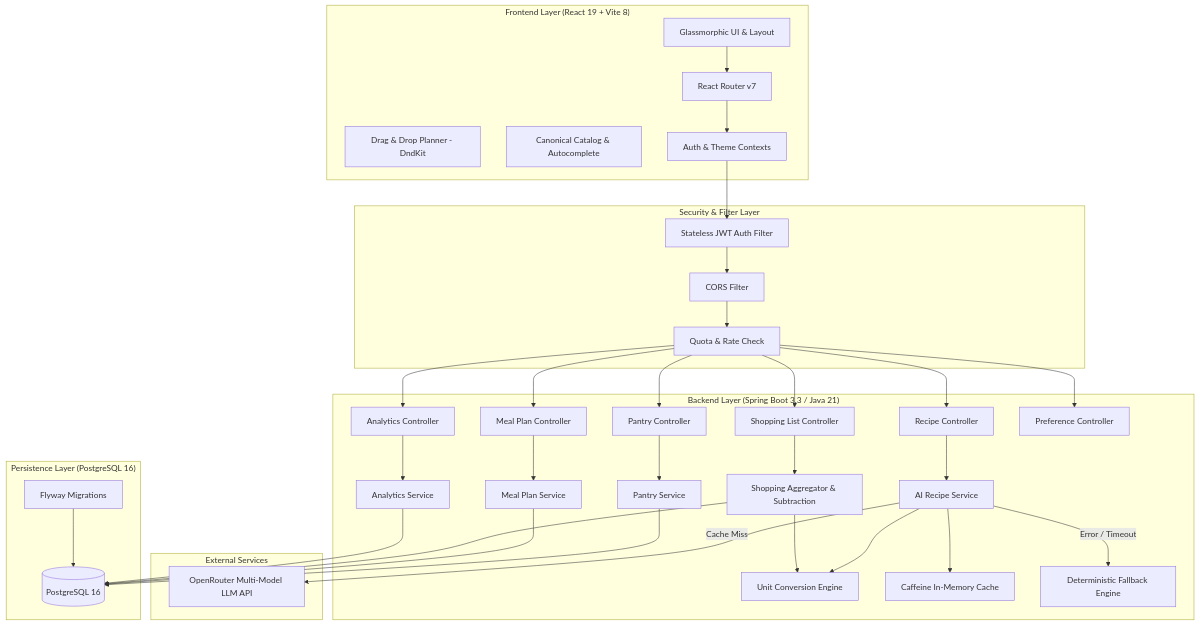
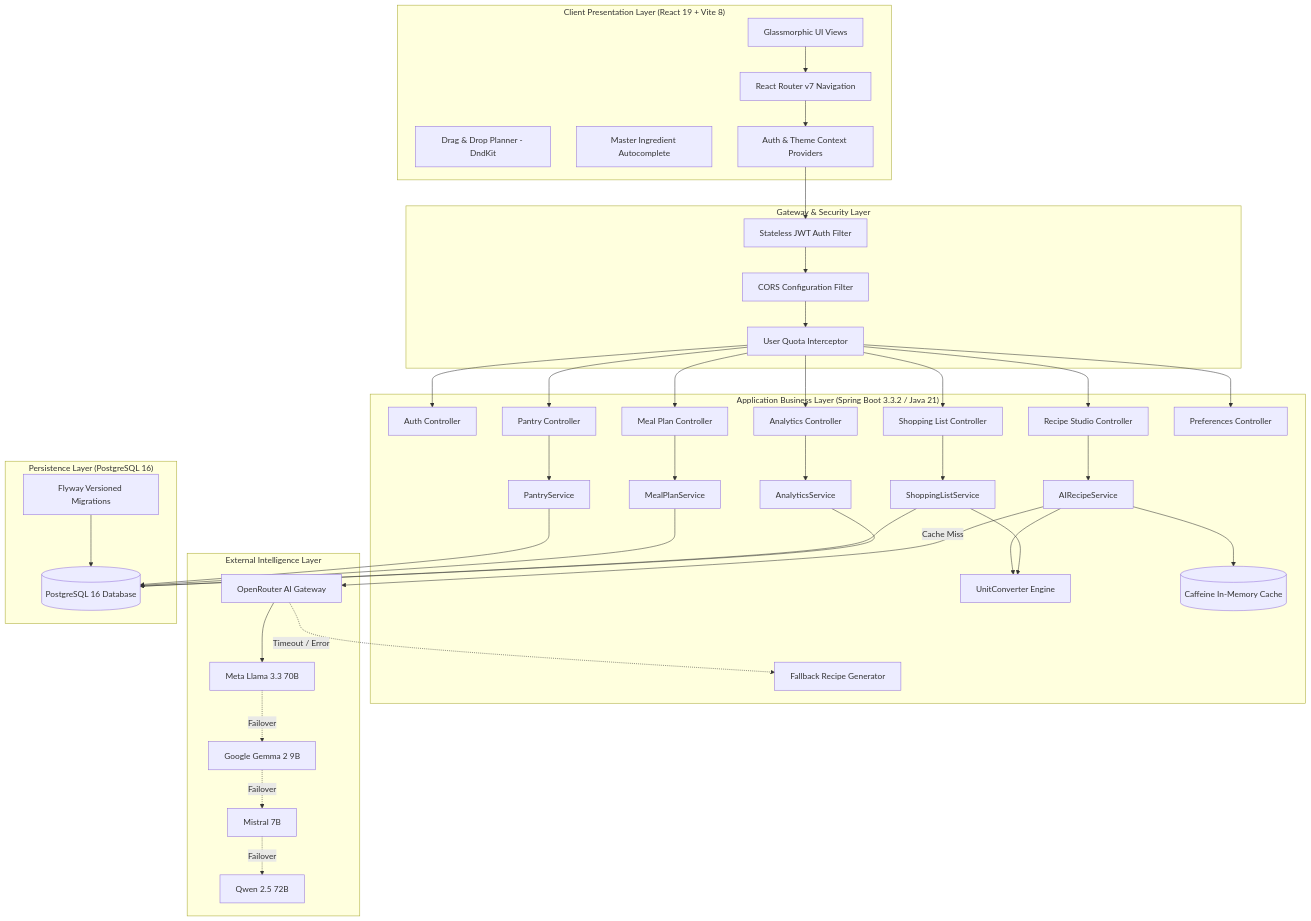
Before and after one commit to jayeshahir09/MealCraft: the first of 3 diagrams in README.md, drawn with Mermaid. The commit also changed other lines of this file, not shown here.

````diff
--- a/README.md
+++ b/README.md
@@ -75,63 +107,69 @@
 ```mermaid
 flowchart TB
-    subgraph Client ["Frontend Layer (React 19 + Vite 8)"]
-        UI[Glassmorphic UI & Layout]
-        Router[React Router v7]
+    subgraph Client ["Client Presentation Layer (React 19 + Vite 8)"]
+        UI[Glassmorphic UI Views]
+        Router[React Router v7 Navigation]
         DnD[Drag & Drop Planner - DndKit]
-        Catalog[Canonical Catalog & Autocomplete]
-        State[Auth & Theme Contexts]
+        Catalog[Master Ingredient Autocomplete]
+        AuthContext[Auth & Theme Context Providers]
     end
 
-    subgraph Gateway ["Security & Filter Layer"]
-        CORS[CORS Filter]
+    subgraph Security ["Gateway & Security Layer"]
+        CORS[CORS Configuration Filter]
         JWT[Stateless JWT Auth Filter]
-        RateLimit[Quota & Rate Check]
+        RateLimiter[User Quota Interceptor]
     end
 
-    subgraph Backend ["Backend Layer (Spring Boot 3.3 / Java 21)"]
-        RC[Recipe Controller]
-        PC[Pantry Controller]
-        MC[Meal Plan Controller]
-        SC[Shopping List Controller]
-        AC[Analytics Controller]
-        PrC[Preference Controller]
+    subgraph Backend ["Application Business Layer (Spring Boot 3.3.2 / Java 21)"]
+        AuthController[Auth Controller]
+        RecipeController[Recipe Studio Controller]
+        PantryController[Pantry Controller]
+        MealPlanController[Meal Plan Controller]
+        ShoppingController[Shopping List Controller]
+        AnalyticsController[Analytics Controller]
+        PrefController[Preferences Controller]
 
-        AIService[AI Recipe Service]
-        UnitConv[Unit Conversion Engine]
-        ShoppingService[Shopping Aggregator & Subtraction]
-        PantryService[Pantry Service]
-        MealPlanService[Meal Plan Service]
-        AnalyticsService[Analytics Service]
+        AIService[AIRecipeService]
+        UnitConv[UnitConverter Engine]
+        ShoppingService[ShoppingListService]
+        PantryService[PantryService]
+        MealPlanService[MealPlanService]
+        AnalyticsService[AnalyticsService]
 
-        Cache[Caffeine In-Memory Cache]
-        FallbackGen[Deterministic Fallback Engine]
+        Cache[(Caffeine In-Memory Cache)]
+        FallbackGen[Fallback Recipe Generator]
     end
 
-    subgraph External ["External Services"]
-        OpenRouter[OpenRouter Multi-Model LLM API]
+    subgraph External ["External Intelligence Layer"]
+        OpenRouter[OpenRouter AI Gateway]
+        LLM1[Meta Llama 3.3 70B]
+        LLM2[Google Gemma 2 9B]
+        LLM3[Mistral 7B]
+        LLM4[Qwen 2.5 72B]
     end
 
-    subgraph Data ["Persistence Layer (PostgreSQL 16)"]
-        Flyway[Flyway Migrations]
-        DB[(PostgreSQL 16)]
+    subgraph Database ["Persistence Layer (PostgreSQL 16)"]
+        Flyway[Flyway Versioned Migrations]
+        PG[(PostgreSQL 16 Database)]
     end
 
-    UI --> Router --> State
-    State --> JWT --> CORS --> RateLimit
-    RateLimit --> RC & PC & MC & SC & AC & PrC
+    UI --> Router --> AuthContext
+    AuthContext --> JWT --> CORS --> RateLimiter
+    RateLimiter --> AuthController & RecipeController & PantryController & MealPlanController & ShoppingController & AnalyticsController & PrefController
 
-    RC --> AIService
+    RecipeController --> AIService
     AIService --> Cache
     AIService -- Cache Miss --> OpenRouter
-    AIService -- Error / Timeout --> FallbackGen
+    OpenRouter --> LLM1 -. Failover .-> LLM2 -. Failover .-> LLM3 -. Failover .-> LLM4
+    OpenRouter -. Timeout / Error .-> FallbackGen
     AIService --> UnitConv
 
-    PC --> PantryService --> DB
-    MC --> MealPlanService --> DB
-    SC --> ShoppingService
+    PantryController --> PantryService --> PG
+    MealPlanController --> MealPlanService --> PG
+    ShoppingController --> ShoppingService
     ShoppingService --> UnitConv
-    ShoppingService --> DB
-    AC --> AnalyticsService --> DB
+    ShoppingService --> PG
+    AnalyticsController --> AnalyticsService --> PG
 
-    Flyway --> DB
+    Flyway --> PG
 ```
````
